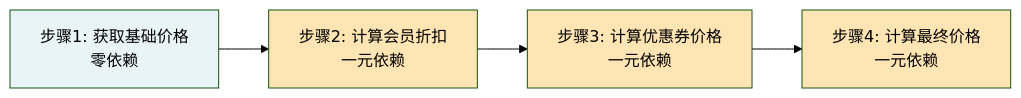
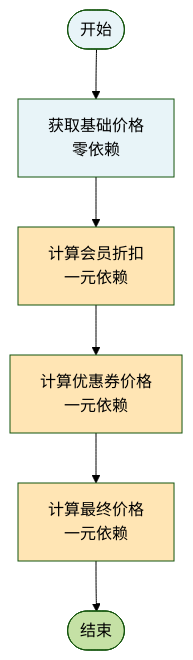
Before and after one commit to vanchan5/dolphinscheduler: diagram 11 of 22 in 1-知识点/1-线程安全/异步编程/1-CompletableFuture.md, drawn with Mermaid (forest theme). The commit also changed other lines of this file and 1 other file, not shown here.

````diff
--- a/1-知识点/1-线程安全/异步编程/1-CompletableFuture.md
+++ b/1-知识点/1-线程安全/异步编程/1-CompletableFuture.md
@@ -756,11 +708,15 @@
 ```mermaid
-flowchart LR
-    A[步骤1: 获取基础价格<br/>零依赖] --> B[步骤2: 计算会员折扣<br/>一元依赖]
-    B --> C[步骤3: 计算优惠券价格<br/>一元依赖]
-    C --> D[步骤4: 计算最终价格<br/>一元依赖]
+flowchart TD
+    Start([开始]) --> T1[获取基础价格<br/>零依赖]
+    T1 --> T2[计算会员折扣<br/>一元依赖]
+    T2 --> T3[计算优惠券价格<br/>一元依赖]
+    T3 --> T4[计算最终价格<br/>一元依赖]
+    T4 --> End([结束])
     
-    style A fill:#E8F4F8
-    style B fill:#FFE5B4
-    style C fill:#FFE5B4
-    style D fill:#FFE5B4
+    style Start fill:#E8F4F8
+    style T1 fill:#E8F4F8
+    style T2 fill:#FFE5B4
+    style T3 fill:#FFE5B4
+    style T4 fill:#FFE5B4
+    style End fill:#C5E1A5
 ```
````
